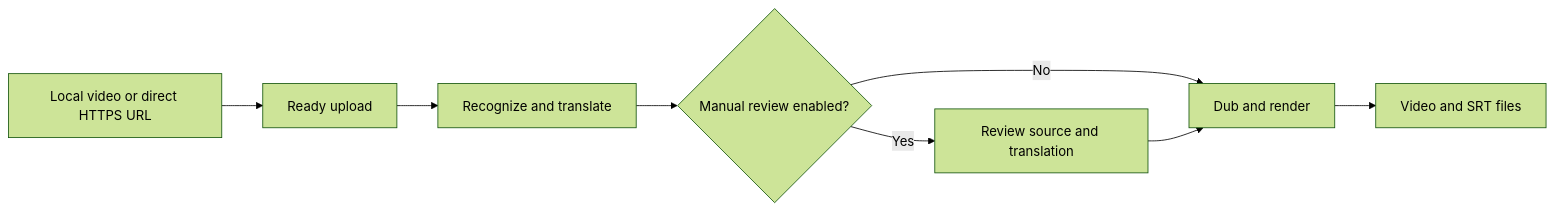
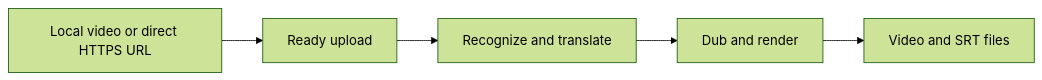
The diagram in README.md (DayBreak-u/unmarkai-video-translation-api), drawn with Mermaid (forest theme) before and after one commit. The commit also changed other lines of this file and 11 other files, not shown here.

First line of the commit message:
Retire manual review; add mainland China API base and rewrite zh-CN README (#1)

````diff
--- a/README.md
+++ b/README.md
@@ -17,10 +17,7 @@
 ```mermaid
 flowchart LR
   A[Local video or direct HTTPS URL] --> B[Ready upload]
   B --> C[Recognize and translate]
-  C --> D{Manual review enabled?}
-  D -->|Yes| E[Review source and translation]
-  D -->|No| F[Dub and render]
-  E --> F
-  F --> G[Video and SRT files]
+  C --> D[Dub and render]
+  D --> E[Video and SRT files]
 ```
````
